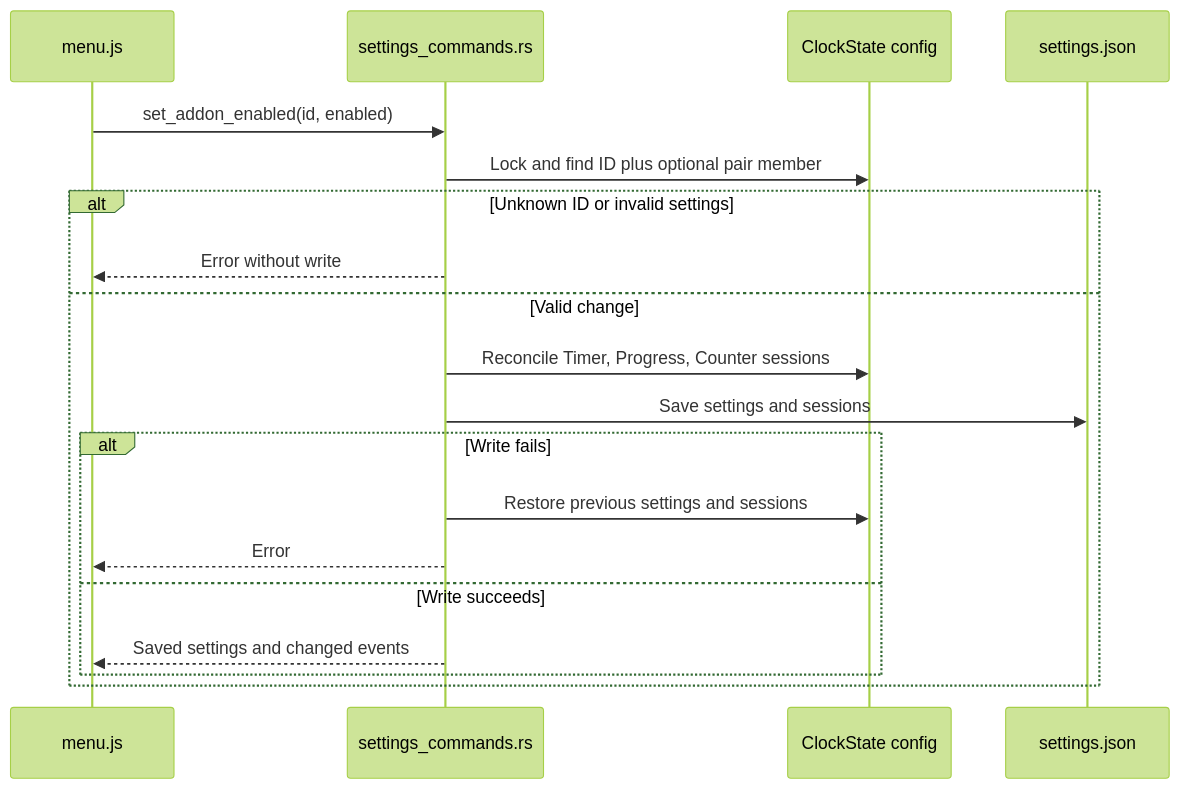
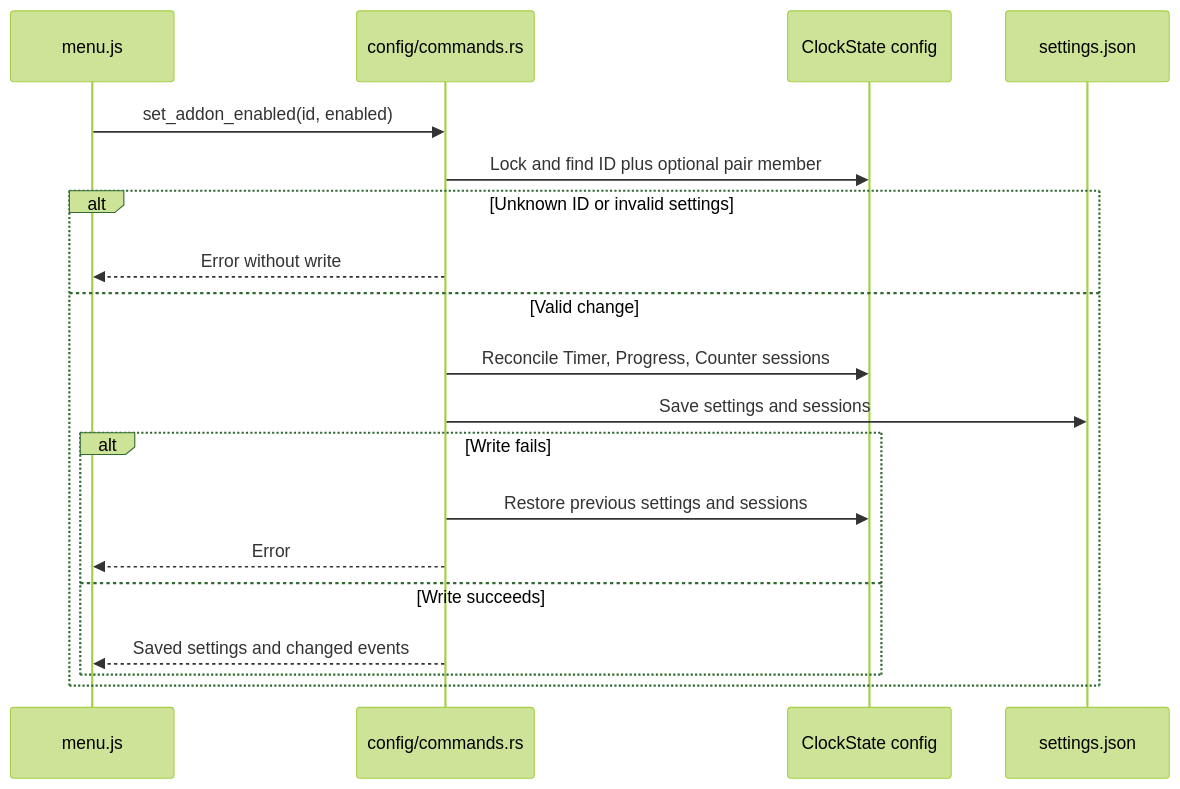
One commit to tbkmax/TopClock changed the second of 15 diagrams in src-tauri/src/doc/workflow_diagram.md. Above: the diagram before and after it, drawn with Mermaid (forest theme). The commit also changed other lines of this file and 81 other files, not shown here.

````diff
--- a/src-tauri/src/doc/workflow_diagram.md
+++ b/src-tauri/src/doc/workflow_diagram.md
@@ -34,21 +36,21 @@
 ```mermaid
 sequenceDiagram
     participant Menu as menu.js
-    participant Command as settings_commands.rs
+    participant Command as config/commands.rs
     participant Config as ClockState config
     participant Disk as settings.json
     Menu->>Command: set_addon_enabled(id, enabled)
     Command->>Config: Lock and find ID plus optional pair member
     alt Unknown ID or invalid settings
         Command-->>Menu: Error without write
     else Valid change
         Command->>Config: Reconcile Timer, Progress, Counter sessions
         Command->>Disk: Save settings and sessions
         alt Write fails
             Command->>Config: Restore previous settings and sessions
             Command-->>Menu: Error
         else Write succeeds
             Command-->>Menu: Saved settings and changed events
         end
     end
 ```
````
